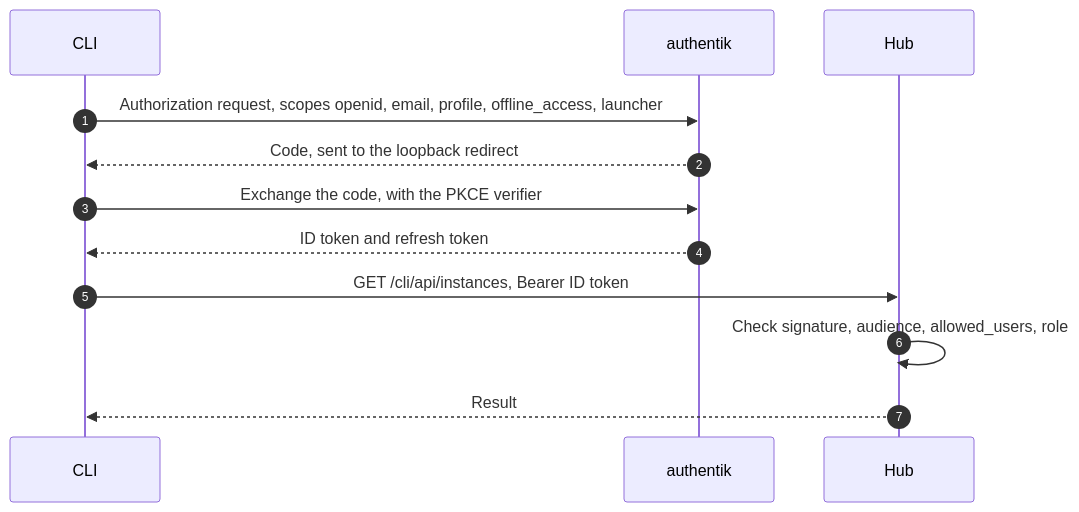
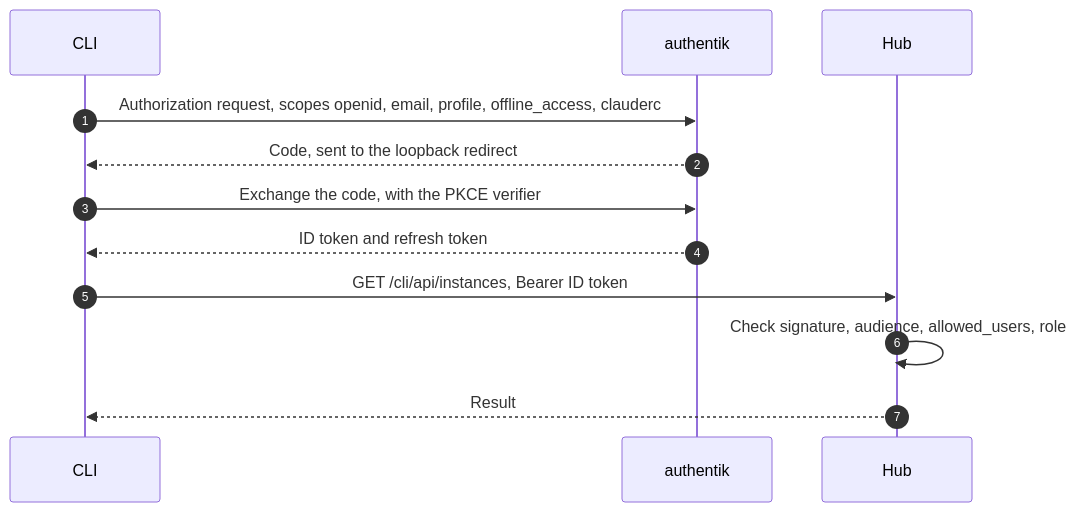
Before and after one commit to kbirger/claude-rc-launcher: the diagram in docs/images/auth/cli-login.mmd, drawn with Mermaid. The commit also changed 13 other files, not shown here.

```diff
--- a/docs/images/auth/cli-login.mmd
+++ b/docs/images/auth/cli-login.mmd
@@ -1,12 +1,12 @@
 sequenceDiagram
   autonumber
   participant C as CLI
   participant A as authentik
   participant H as Hub
-  C->>A: Authorization request, scopes openid, email, profile, offline_access, launcher
+  C->>A: Authorization request, scopes openid, email, profile, offline_access, clauderc
   A-->>C: Code, sent to the loopback redirect
   C->>A: Exchange the code, with the PKCE verifier
   A-->>C: ID token and refresh token
   C->>H: GET /cli/api/instances, Bearer ID token
   H->>H: Check signature, audience, allowed_users, role
   H-->>C: Result
```
